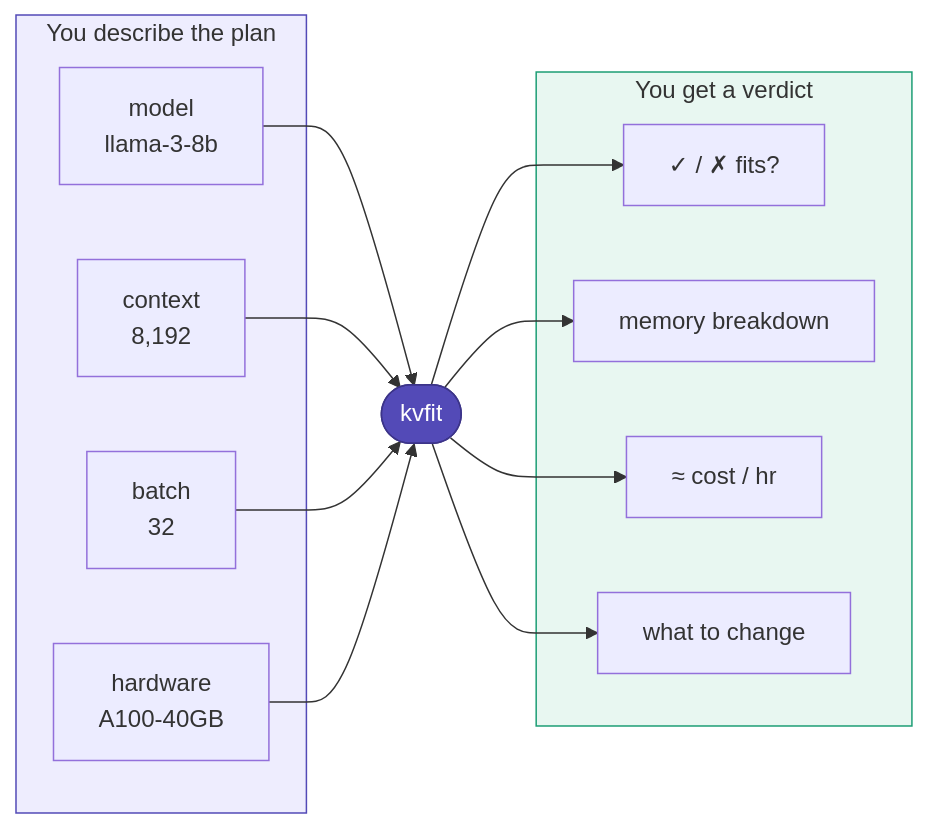
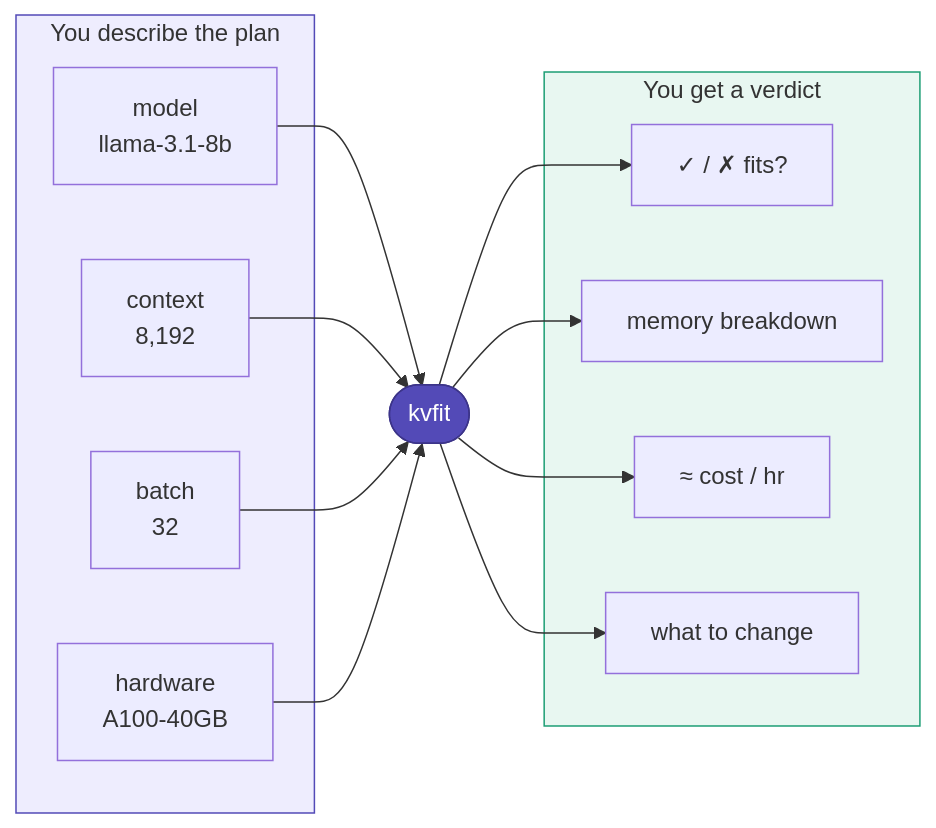
The first of 11 diagrams in README.md (debaditc/kvfit), drawn with Mermaid before and after one commit. The commit also changed other lines of this file and 18 other files, not shown here.

````diff
--- a/README.md
+++ b/README.md
@@ -59,27 +79,27 @@
 ```mermaid
 flowchart LR
     subgraph you["You describe the plan"]
-      M["model<br/>llama-3-8b"]
+      M["model<br/>llama-3.1-8b"]
       C["context<br/>8,192"]
       B["batch<br/>32"]
       H["hardware<br/>A100-40GB"]
     end
     K(["kvfit"])
     subgraph out["You get a verdict"]
       V["✓ / ✗ fits?"]
       MEM["memory breakdown"]
       COST["≈ cost / hr"]
       FIX["what to change"]
     end
     M --> K
     C --> K
     B --> K
     H --> K
     K --> V
     K --> MEM
     K --> COST
     K --> FIX
     style K fill:#534ab7,stroke:#3c3489,color:#fff
     style you fill:#eeedfe,stroke:#534ab7
     style out fill:#e8f7f1,stroke:#1d9e75
 ```
````
